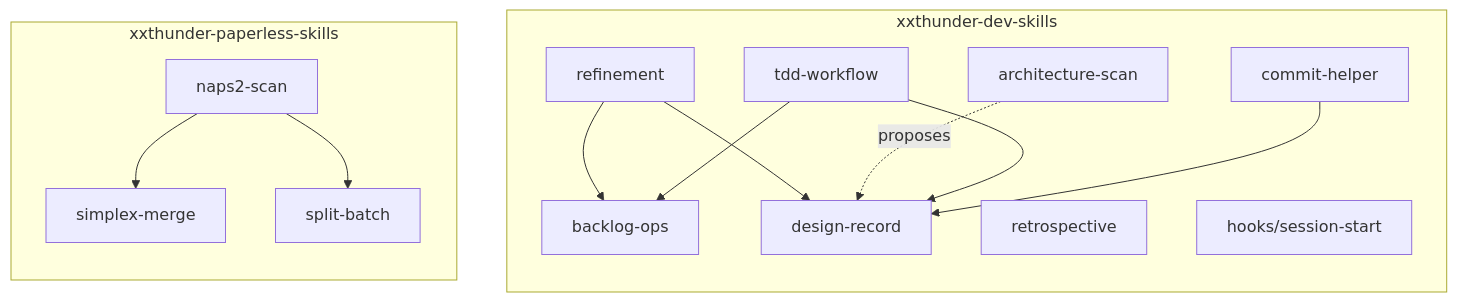
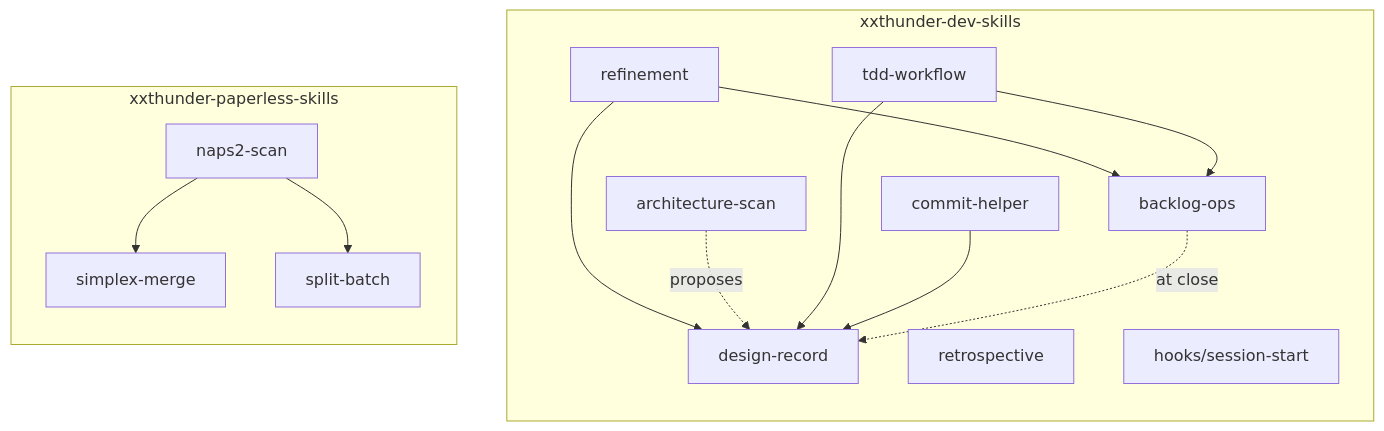
The third of 4 diagrams in docs/architecture.md (xxthunder/my-agentic-skills), drawn with Mermaid before and after one commit. The commit also changed other lines of this file and 22 other files, not shown here.

````diff
--- a/docs/architecture.md
+++ b/docs/architecture.md
@@ -59,19 +59,20 @@
 ```mermaid
 flowchart TB
     subgraph dev["xxthunder-dev-skills"]
         direction TB
         refinement --> backlog["backlog-ops"]
         refinement --> record["design-record"]
         scan["architecture-scan"] -.proposes.-> record
         tdd["tdd-workflow"] --> backlog
         tdd --> record
         commit["commit-helper"] --> record
+        backlog -.at close.-> record
         retro["retrospective"]
         hook["hooks/session-start"]
     end
     subgraph paper["xxthunder-paperless-skills"]
         direction TB
         scanp["naps2-scan"] --> merge["simplex-merge"]
         scanp --> split["split-batch"]
     end
 ```
````
